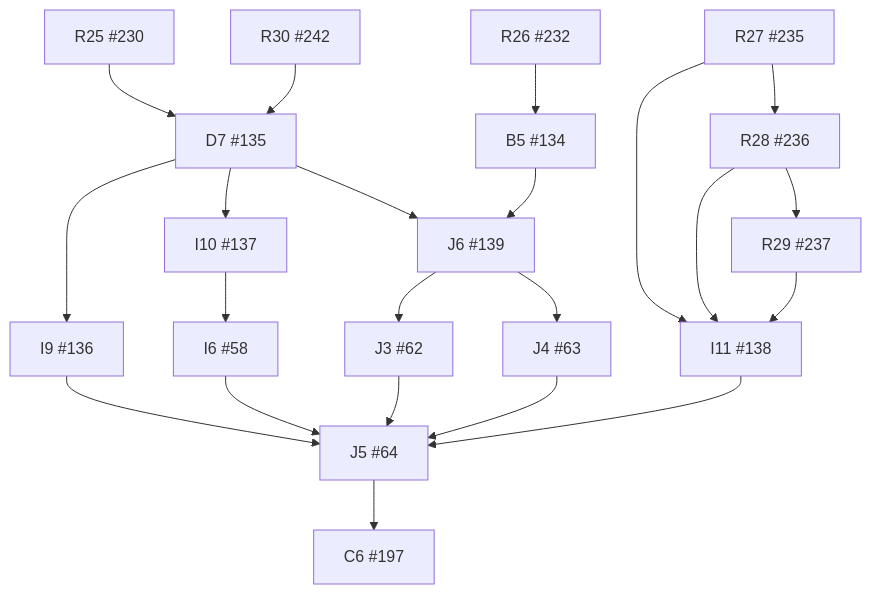
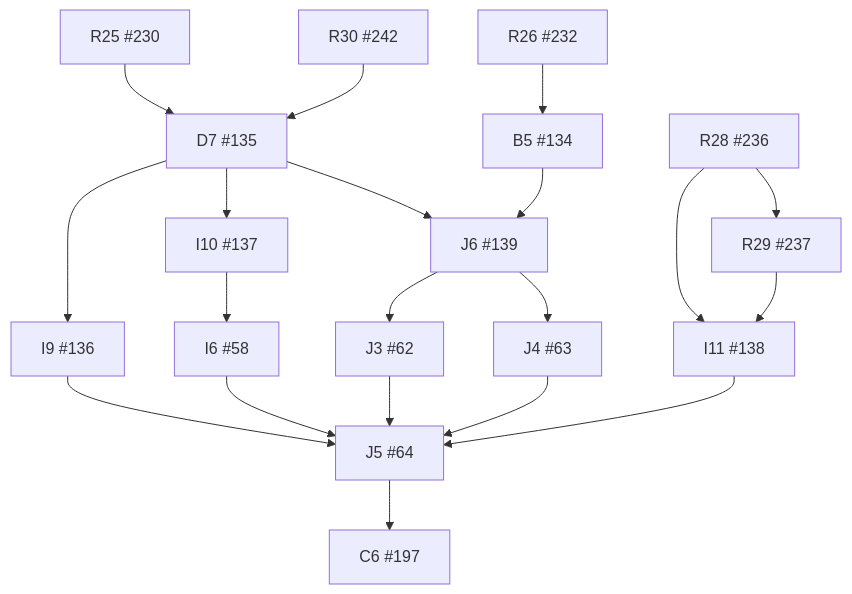
Before and after one commit to wojtekpiskorz/kiero: the diagram in docs/implementation/dependency-graph.md, drawn with Mermaid. The commit also changed other lines of this file and 11 other files, not shown here.

````diff
--- a/docs/implementation/dependency-graph.md
+++ b/docs/implementation/dependency-graph.md
@@ -9,41 +9,38 @@
 ```mermaid
 flowchart TD
   I6["I6 #58"]
   J3["J3 #62"]
   J4["J4 #63"]
   J5["J5 #64"]
   B5["B5 #134"]
   D7["D7 #135"]
   I9["I9 #136"]
   I10["I10 #137"]
   I11["I11 #138"]
   J6["J6 #139"]
   C6["C6 #197"]
   R25["R25 #230"]
   R26["R26 #232"]
-  R27["R27 #235"]
   R28["R28 #236"]
   R29["R29 #237"]
   R30["R30 #242"]
   I10 --> I6
   J6 --> J3
   J6 --> J4
   I6 --> J5
   J3 --> J5
   J4 --> J5
   I9 --> J5
   I11 --> J5
   R26 --> B5
   R25 --> D7
   R30 --> D7
   D7 --> I9
   D7 --> I10
-  R27 --> I11
   R28 --> I11
   R29 --> I11
   D7 --> J6
   B5 --> J6
   J5 --> C6
-  R27 --> R28
   R28 --> R29
 ```
````
